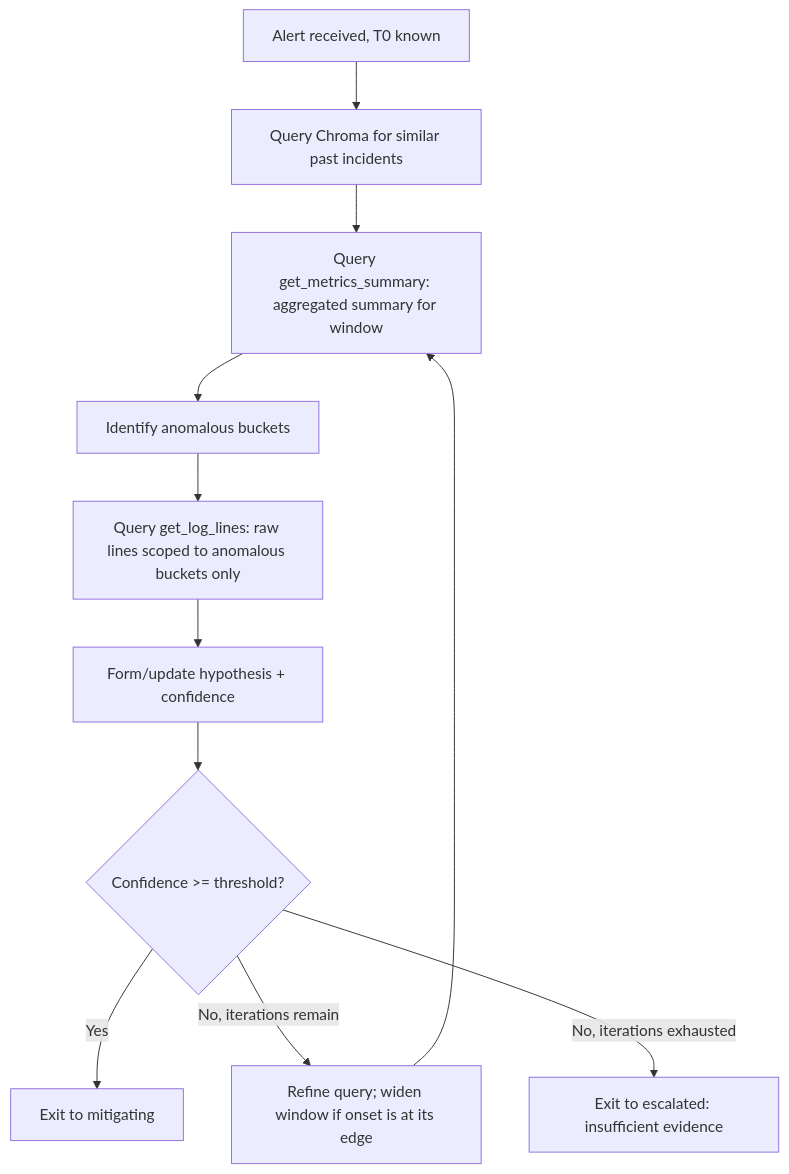
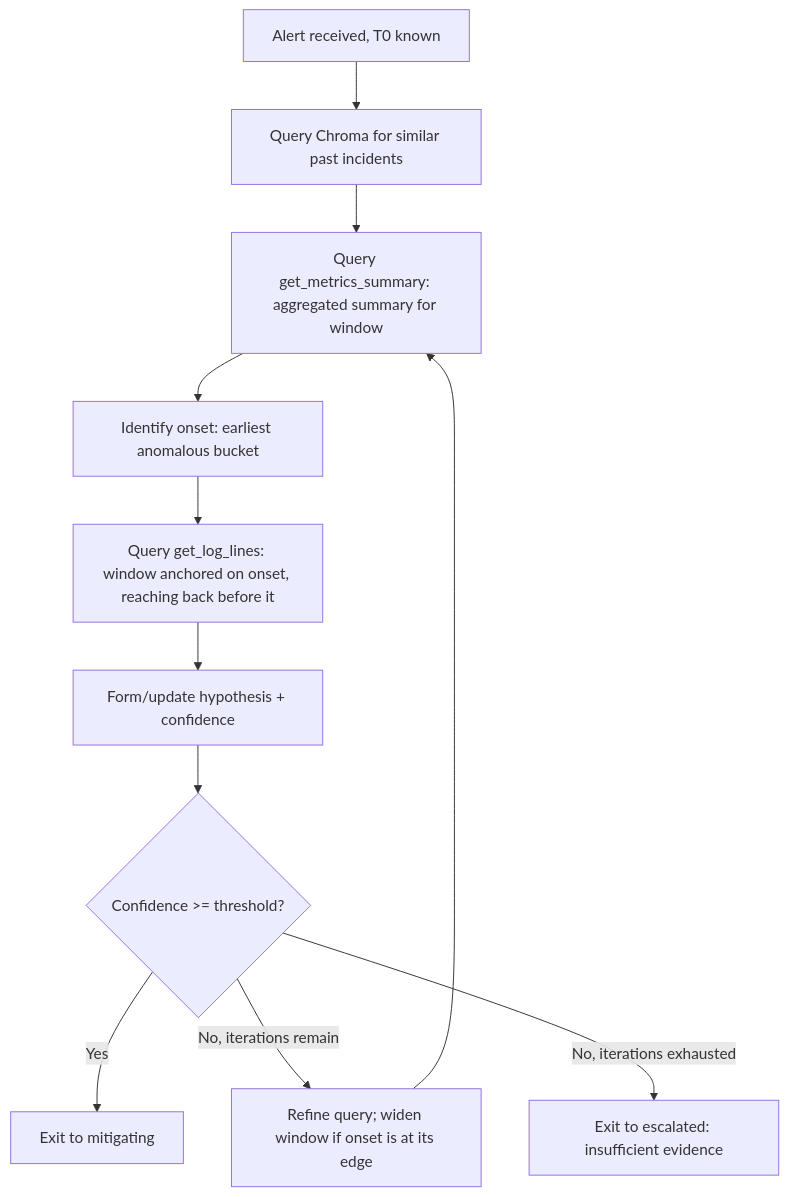
The second of 5 diagrams in docs/spec-and-architecture.md (ohadraz/Argus), drawn with Mermaid before and after one commit. The commit also changed other lines of this file and 10 other files, not shown here.

````diff
--- a/docs/spec-and-architecture.md
+++ b/docs/spec-and-architecture.md
@@ -191,13 +191,13 @@
 ```mermaid
 flowchart TD
     A[Alert received, T0 known] --> B[Query Chroma for similar past incidents]
     B --> C[Query get_metrics_summary: aggregated summary for window]
-    C --> D[Identify anomalous buckets]
-    D --> E[Query get_log_lines: raw lines scoped to anomalous buckets only]
+    C --> D[Identify onset: earliest anomalous bucket]
+    D --> E[Query get_log_lines: window anchored on onset, reaching back before it]
     E --> F[Form/update hypothesis + confidence]
     F --> G{Confidence >= threshold?}
     G -->|Yes| H[Exit to mitigating]
     G -->|No, iterations remain| I[Refine query; widen window if onset is at its edge]
     I --> C
     G -->|No, iterations exhausted| J[Exit to escalated: insufficient evidence]
 ```
````
